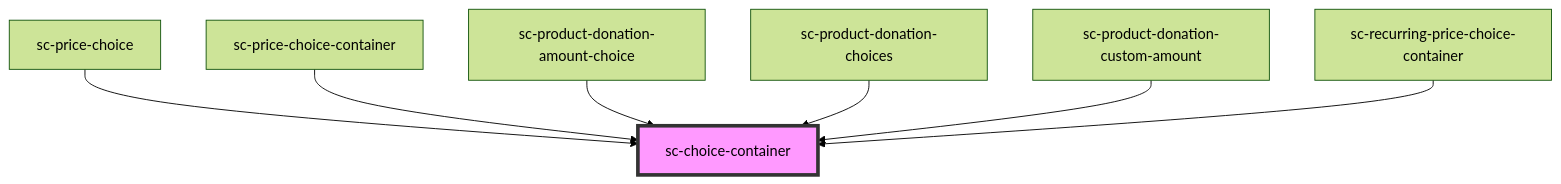
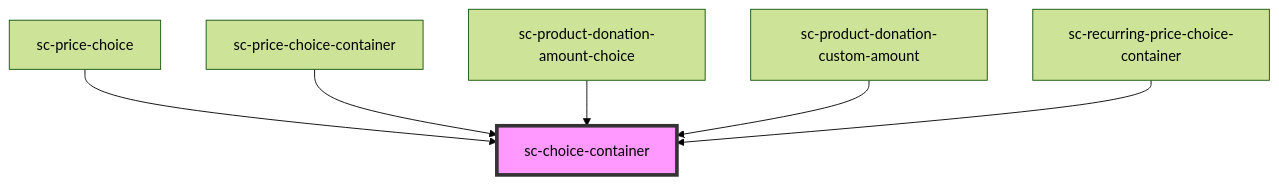
One commit to surecart/surecart-wp-plugin changed the diagram in packages/components/src/components/ui/choice-container/readme.md. Above: the diagram before and after it, drawn with Mermaid (forest theme). The commit also changed other lines of this file and 13 other files, not shown here.

````diff
--- a/packages/components/src/components/ui/choice-container/readme.md
+++ b/packages/components/src/components/ui/choice-container/readme.md
@@ -98,10 +97,9 @@
 ```mermaid
 graph TD;
   sc-price-choice --> sc-choice-container
   sc-price-choice-container --> sc-choice-container
   sc-product-donation-amount-choice --> sc-choice-container
-  sc-product-donation-choices --> sc-choice-container
   sc-product-donation-custom-amount --> sc-choice-container
   sc-recurring-price-choice-container --> sc-choice-container
   style sc-choice-container fill:#f9f,stroke:#333,stroke-width:4px
 ```
````
